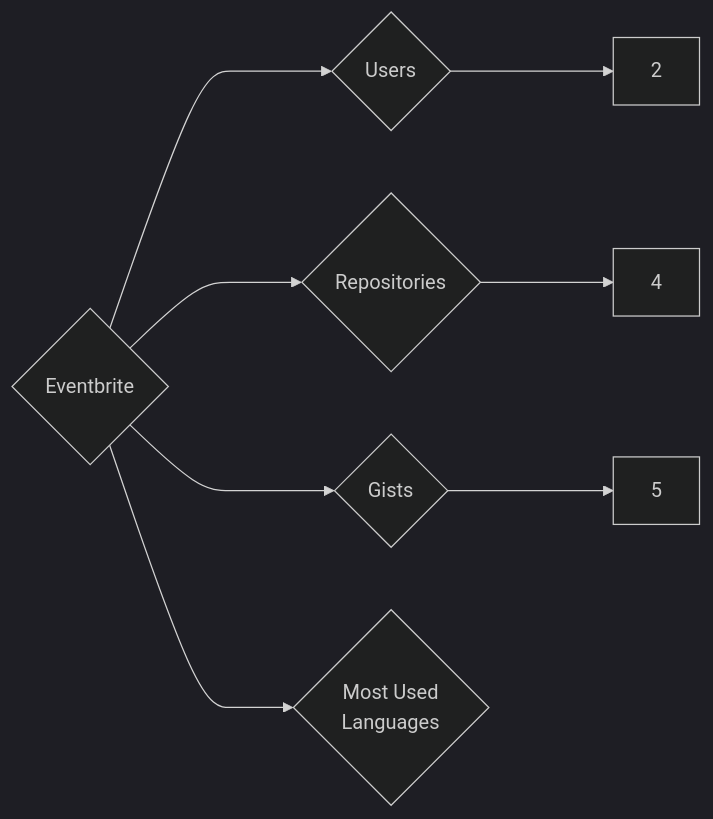
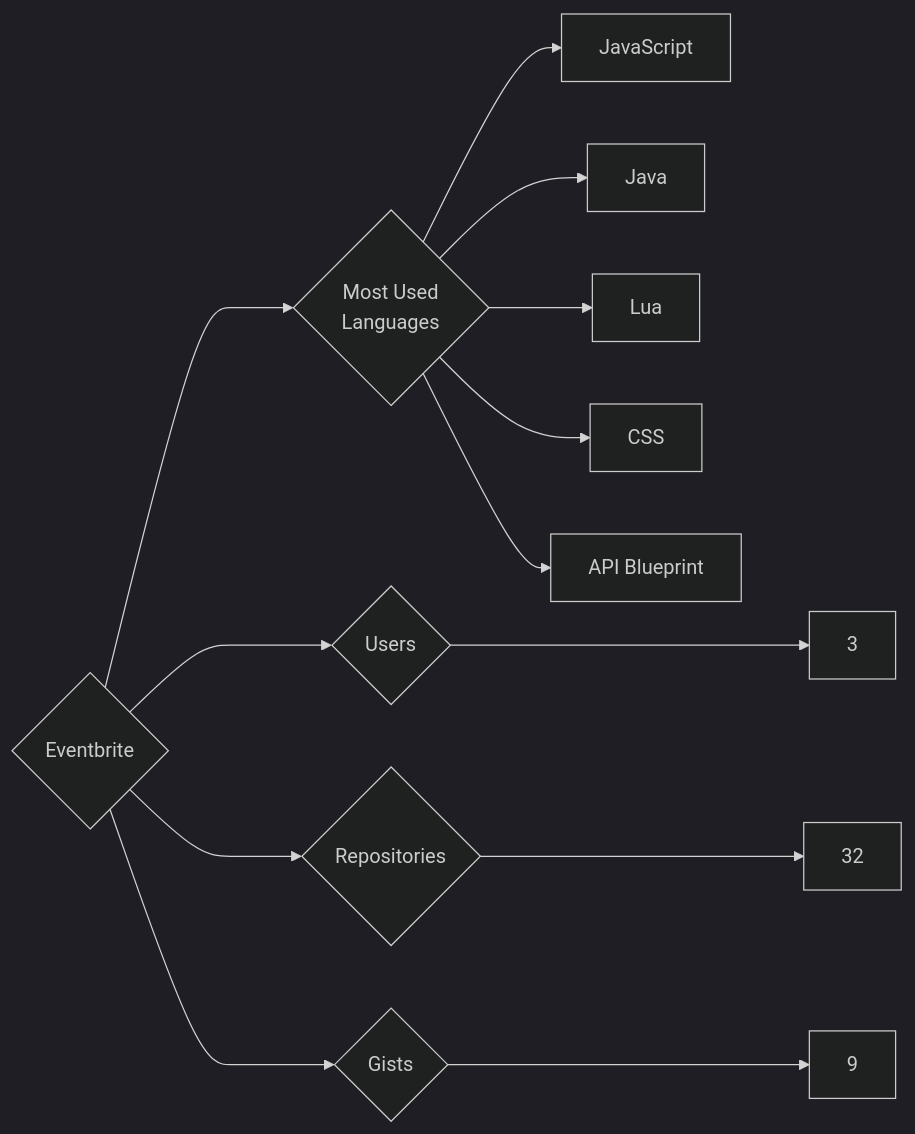
One commit to trickest/insiders changed the diagram in targets/Eventbrite/README.md. Above: the diagram before and after it, drawn with Mermaid (dark theme). The commit also changed 618 other files, not shown here.

````diff
--- a/targets/Eventbrite/README.md
+++ b/targets/Eventbrite/README.md
@@ -3,8 +3,13 @@
 ```mermaid
 graph LR
 COMPANY_NAME{Eventbrite}
-COMPANY_NAME ---> U{Users} ---> UN[2]
-COMPANY_NAME ---> R{Repositories} ---> RN[4]
-COMPANY_NAME ---> G{Gists} ---> GN[5]
+COMPANY_NAME ---> U{Users} ---> UN[3]
+COMPANY_NAME ---> R{Repositories} ---> RN[32]
+COMPANY_NAME ---> G{Gists} ---> GN[9]
 COMPANY_NAME ---> ML{Most Used<br>Languages}
+ML --> JavaScript[JavaScript]
+ML --> Java[Java]
+ML --> Lua[Lua]
+ML --> CSS[CSS]
+ML --> API_Blueprint[API Blueprint]
 ```
````
